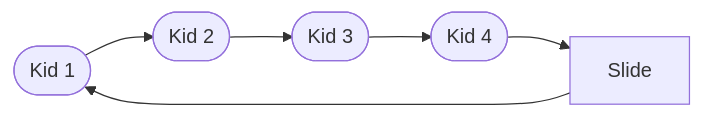
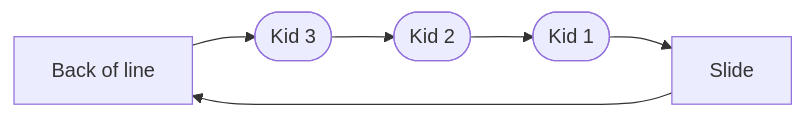
One commit to Jester572/data_structure_tutorial changed the second of 3 diagrams in 1-queue.md. Above: the diagram before and after it, drawn with Mermaid. The commit also changed other lines of this file and 1 other file, not shown here.

````diff
--- a/1-queue.md
+++ b/1-queue.md
@@ -48,5 +83,5 @@
 ```mermaid
 graph LR;
-    A([Kid 1]) --> B([Kid 2]) --> C([Kid 3]) --> D([Kid 4]) --> slide[Slide]
-    slide --> A
+    back[Back of line] --> B([Kid 3]) --> C([Kid 2]) --> D([Kid 1]) --> slide[Slide]
+    slide --> back
 ```
````
